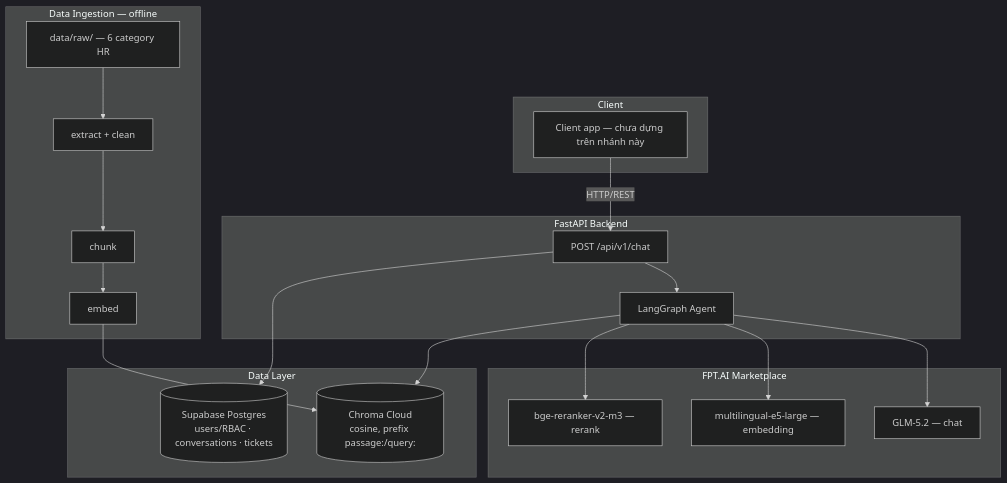
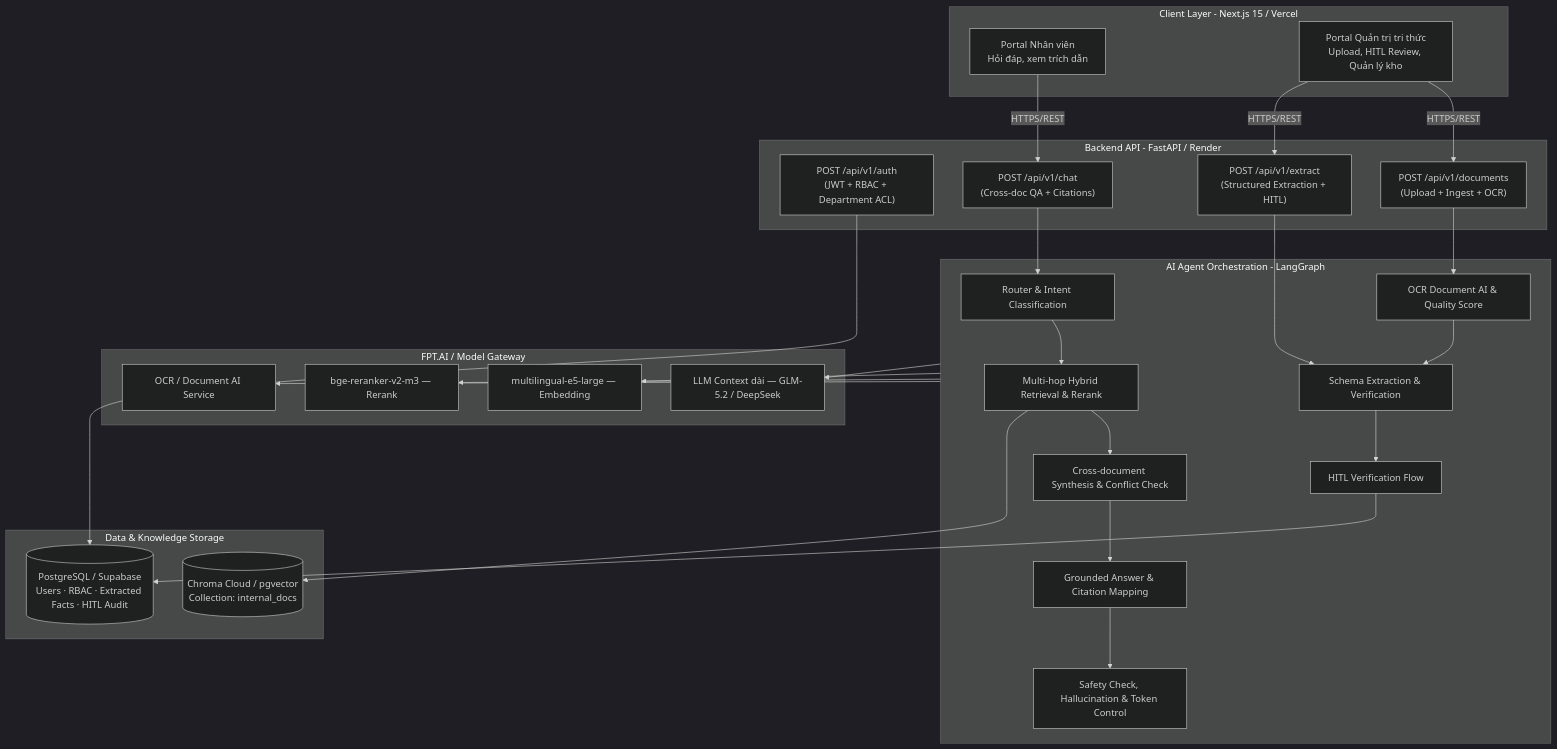
Before and after one commit to luongducthangDS/Enterprise-Document-Intelligence: the first of 2 diagrams in ARCHITECTURE.md, drawn with Mermaid (dark theme). The commit also changed other lines of this file and 5 other files, not shown here.

````diff
--- a/ARCHITECTURE.md
+++ b/ARCHITECTURE.md
@@ -11,34 +19,58 @@
 ```mermaid
 graph TB
-    subgraph Client
-        UI[Client app — chưa dựng trên nhánh này]
+    subgraph Client[Client Layer - Next.js 15 / Vercel]
+        UI_Emp[Portal Nhân viên<br/>Hỏi đáp, xem trích dẫn]
+        UI_Admin[Portal Quản trị tri thức<br/>Upload, HITL Review, Quản lý kho]
     end
 
-    subgraph Backend[FastAPI Backend]
-        API["POST /api/v1/chat"]
-        Agent[LangGraph Agent]
+    subgraph Backend[Backend API - FastAPI / Render]
+        API_Auth["POST /api/v1/auth<br/>(JWT + RBAC + Department ACL)"]
+        API_Chat["POST /api/v1/chat<br/>(Cross-doc QA + Citations)"]
+        API_Docs["POST /api/v1/documents<br/>(Upload + Ingest + OCR)"]
+        API_Extract["POST /api/v1/extract<br/>(Structured Extraction + HITL)"]
     end
 
-    subgraph Gateway[FPT.AI Marketplace]
-        LLM[GLM-5.2 — chat]
-        Emb[multilingual-e5-large — embedding]
-        Rerank[bge-reranker-v2-m3 — rerank]
+    subgraph AgentLayer[AI Agent Orchestration - LangGraph]
+        Router[Router & Intent Classification]
+        OCR_Node[OCR Document AI & Quality Score]
+        Schema_Node[Schema Extraction & Verification]
+        Retrieve_Node[Multi-hop Hybrid Retrieval & Rerank]
+        Synthesize_Node[Cross-document Synthesis & Conflict Check]
+        Generate_Node[Grounded Answer & Citation Mapping]
+        Guardrail_Node[Safety Check, Hallucination & Token Control]
+        HITL_Bridge[HITL Verification Flow]
     end
 
-    subgraph Data[Data Layer]
-        Vector[(Chroma Cloud<br/>cosine, prefix passage:/query:)]
-        SB[(Supabase Postgres<br/>users/RBAC · conversations · tickets)]
+    subgraph ExternalGateway[FPT.AI / Model Gateway]
+        LLM[LLM Context dài — GLM-5.2 / DeepSeek]
+        Emb[multilingual-e5-large — Embedding]
+        Rerank[bge-reranker-v2-m3 — Rerank]
+        DocAI[OCR / Document AI Service]
     end
 
-    UI -->|HTTP/REST| API
-    API --> Agent
-    Agent --> LLM
-    Agent --> Emb
-    Agent --> Rerank
-    Agent --> Vector
-    API --> SB
+    subgraph DataLayer[Data & Knowledge Storage]
+        Vector[(Chroma Cloud / pgvector<br/>Collection: internal_docs)]
+        DB[(PostgreSQL / Supabase<br/>Users · RBAC · Extracted Facts · HITL Audit)]
+    end
 
-    subgraph Ingestion[Data Ingestion — offline]
-        Raw[data/raw/ — 6 category HR] --> Extract[extract + clean] --> Chunk[chunk] --> Embed[embed] --> Vector
-    end
+    UI_Emp -->|HTTPS/REST| API_Chat
+    UI_Admin -->|HTTPS/REST| API_Docs
+    UI_Admin -->|HTTPS/REST| API_Extract
+
+    API_Chat --> Router
+    API_Docs --> OCR_Node
+    API_Extract --> Schema_Node
+
+    Router --> Retrieve_Node
+    Retrieve_Node --> Synthesize_Node --> Generate_Node --> Guardrail_Node
+    OCR_Node --> Schema_Node --> HITL_Bridge
+
+    AgentLayer --> LLM
+    AgentLayer --> Emb
+    AgentLayer --> Rerank
+    AgentLayer --> DocAI
+
+    Retrieve_Node --> Vector
+    HITL_Bridge --> DB
+    API_Auth --> DB
 ```
````
